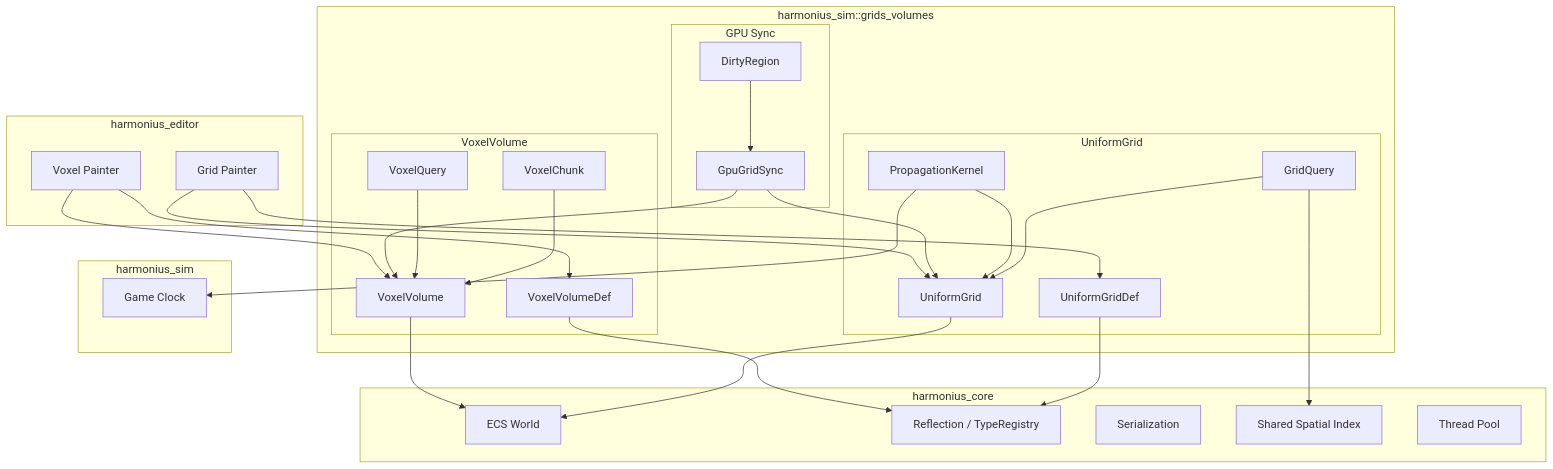
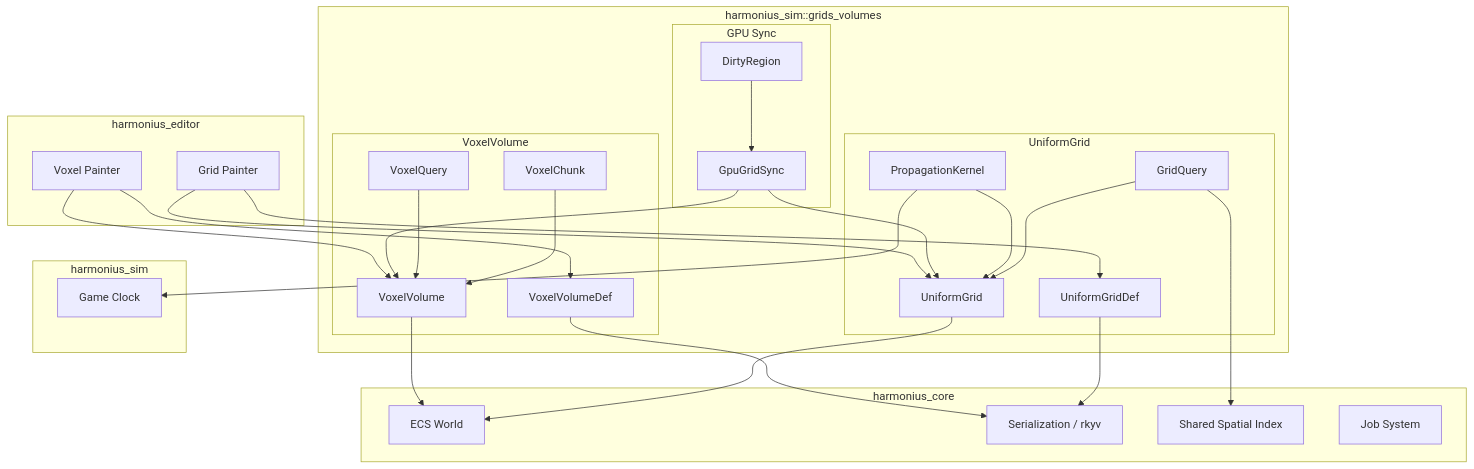
One commit to harmonius-dev/harmonius changed the first of 5 diagrams in docs/design/simulation/grids-volumes.md. Above: the diagram before and after it, drawn with Mermaid. The commit also changed other lines of this file and 174 other files, not shown here.

````diff
--- a/docs/design/simulation/grids-volumes.md
+++ b/docs/design/simulation/grids-volumes.md
@@ -122,59 +123,58 @@
 ```mermaid
 graph TD
     subgraph gv["harmonius_sim::grids_volumes"]
         subgraph ug["UniformGrid"]
             UGD[UniformGridDef]
             UG[UniformGrid]
             UGQ[GridQuery]
             PROP[PropagationKernel]
         end
         subgraph vv["VoxelVolume"]
             VVD[VoxelVolumeDef]
             VV[VoxelVolume]
             VC[VoxelChunk]
             VQ[VoxelQuery]
         end
         subgraph sync["GPU Sync"]
             GS[GpuGridSync]
             DR[DirtyRegion]
         end
     end
 
     subgraph core["harmonius_core"]
         ECS[ECS World]
-        REF[Reflection / TypeRegistry]
-        SER[Serialization]
+        SER[Serialization / rkyv]
         SI[Shared Spatial Index]
-        TP[Thread Pool]
+        JS[Job System]
     end
 
     subgraph deps["harmonius_sim"]
         CLK[Game Clock]
     end
 
     subgraph editor["harmonius_editor"]
         GPE[Grid Painter]
         VPE[Voxel Painter]
     end
 
-    UGD --> REF
+    UGD --> SER
     UG --> ECS
     UGQ --> UG
     UGQ --> SI
     PROP --> UG
     PROP --> CLK
 
-    VVD --> REF
+    VVD --> SER
     VV --> ECS
     VC --> VV
     VQ --> VV
 
     GS --> UG
     GS --> VV
     DR --> GS
 
     GPE --> UGD
     GPE --> UG
     VPE --> VVD
     VPE --> VV
 ```
````
